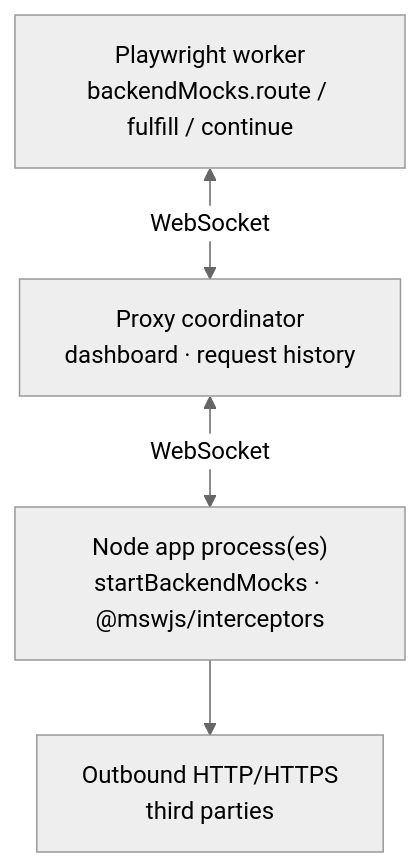
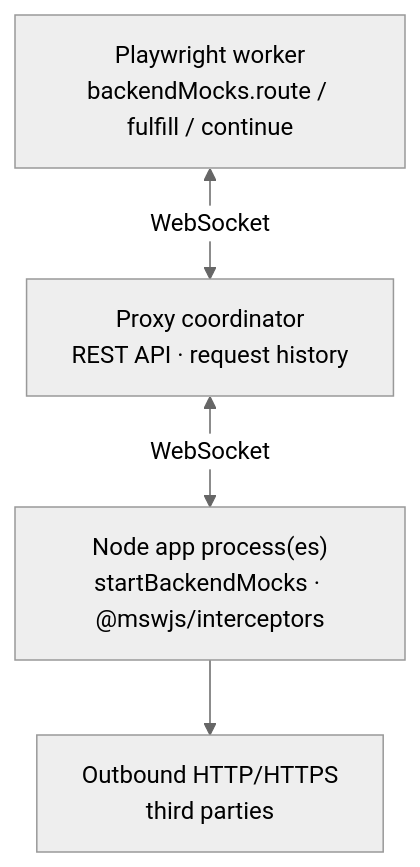
Before and after one commit to danielshawellis/playwright-backend-mocks: the diagram in documentation/guide/concepts.md, drawn with Mermaid (neutral theme). The commit also changed other lines of this file and 32 other files, not shown here.

First line of the commit message:
Separate dashboard into its own package and document REST API

````diff
--- a/documentation/guide/concepts.md
+++ b/documentation/guide/concepts.md
@@ -7,11 +7,11 @@
 ```mermaid
 flowchart TB
   PW["Playwright worker<br/>backendMocks.route / fulfill / continue"]
-  Proxy["Proxy coordinator<br/>dashboard · request history"]
+  Proxy["Proxy coordinator<br/>REST API · request history"]
   Node["Node app process(es)<br/>startBackendMocks · @mswjs/interceptors"]
   Outside["Outbound HTTP/HTTPS<br/>third parties"]
 
   PW <-->|"WebSocket"| Proxy
   Proxy <-->|"WebSocket"| Node
   Node --> Outside
 ```
````
